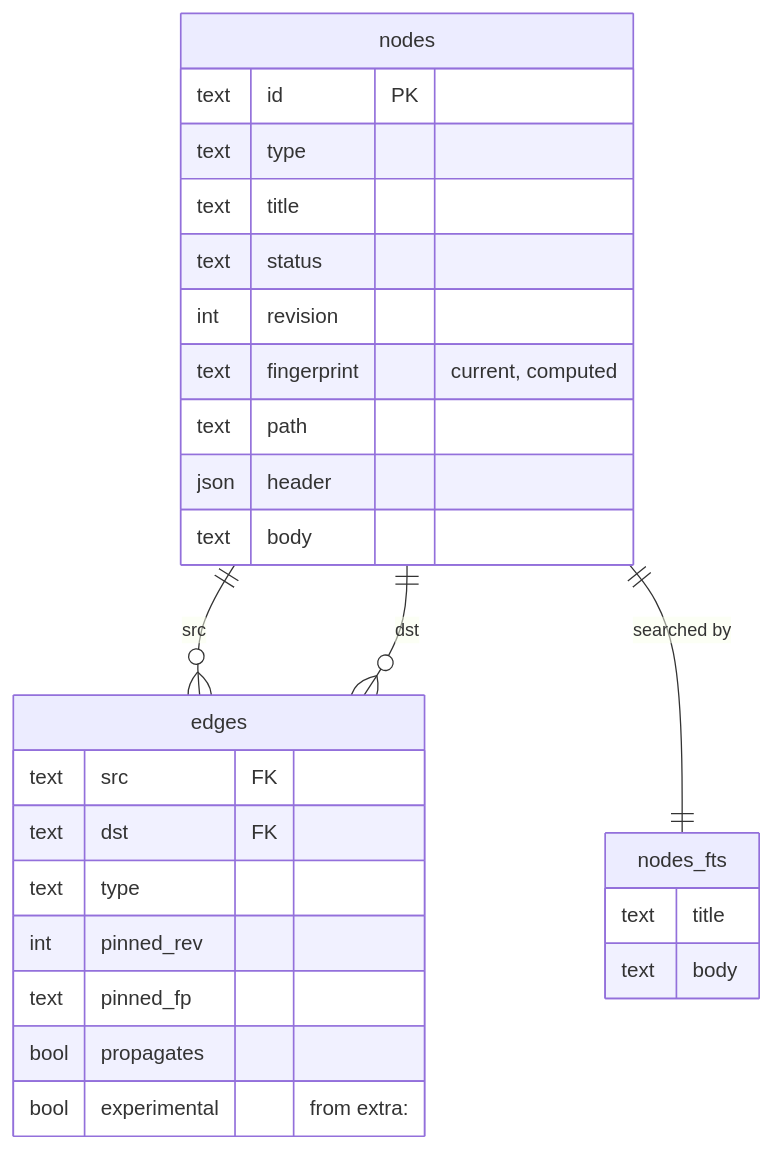
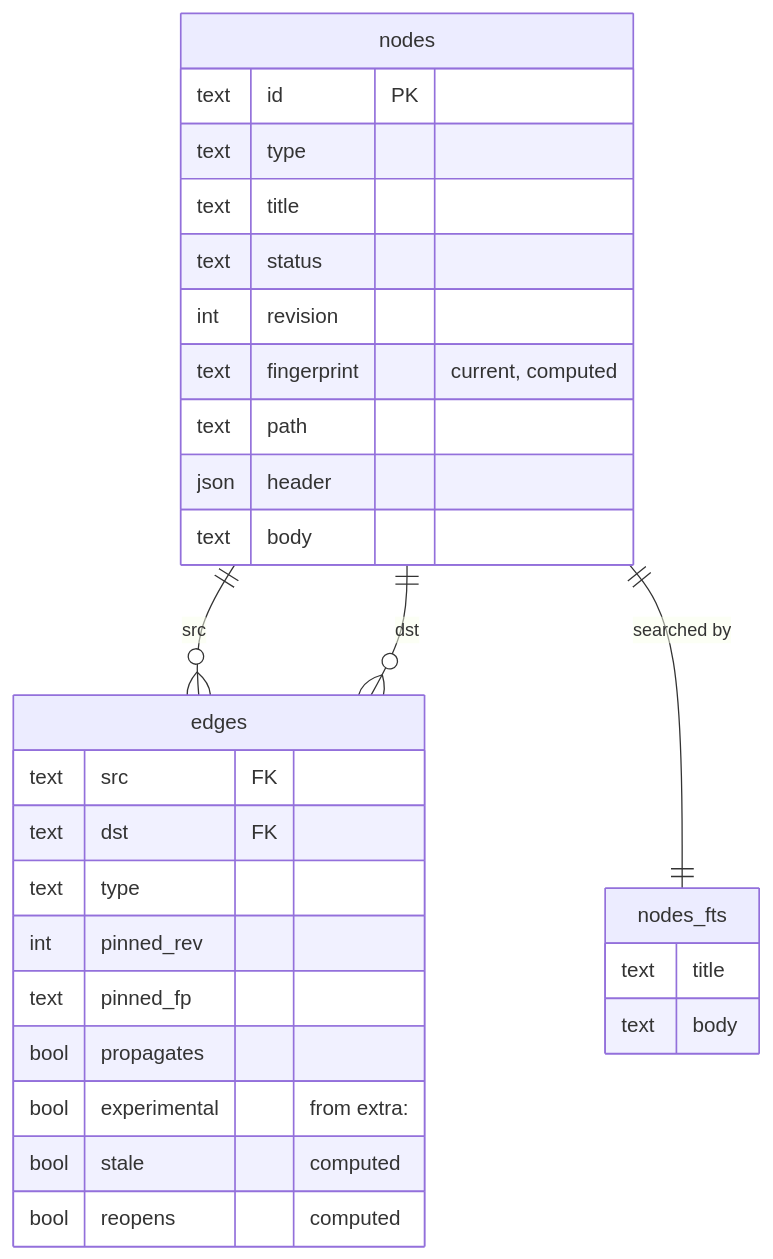
Before and after one commit to andycondon/loremason: the diagram in docs/context-graph/03-implementation.md, drawn with Mermaid. The commit also changed other lines of this file and 1 other file, not shown here.

````diff
--- a/docs/context-graph/03-implementation.md
+++ b/docs/context-graph/03-implementation.md
@@ -278,30 +278,32 @@
 ```mermaid
 erDiagram
   nodes ||--o{ edges : "src"
   nodes ||--o{ edges : "dst"
   nodes ||--|| nodes_fts : "searched by"
   nodes {
     text id PK
     text type
     text title
     text status
     int revision
     text fingerprint "current, computed"
     text path
     json header
     text body
   }
   edges {
     text src FK
     text dst FK
     text type
     int pinned_rev
     text pinned_fp
     bool propagates
     bool experimental "from extra:"
+    bool stale "computed"
+    bool reopens "computed"
   }
   nodes_fts {
     text title
     text body
   }
 ```
````
